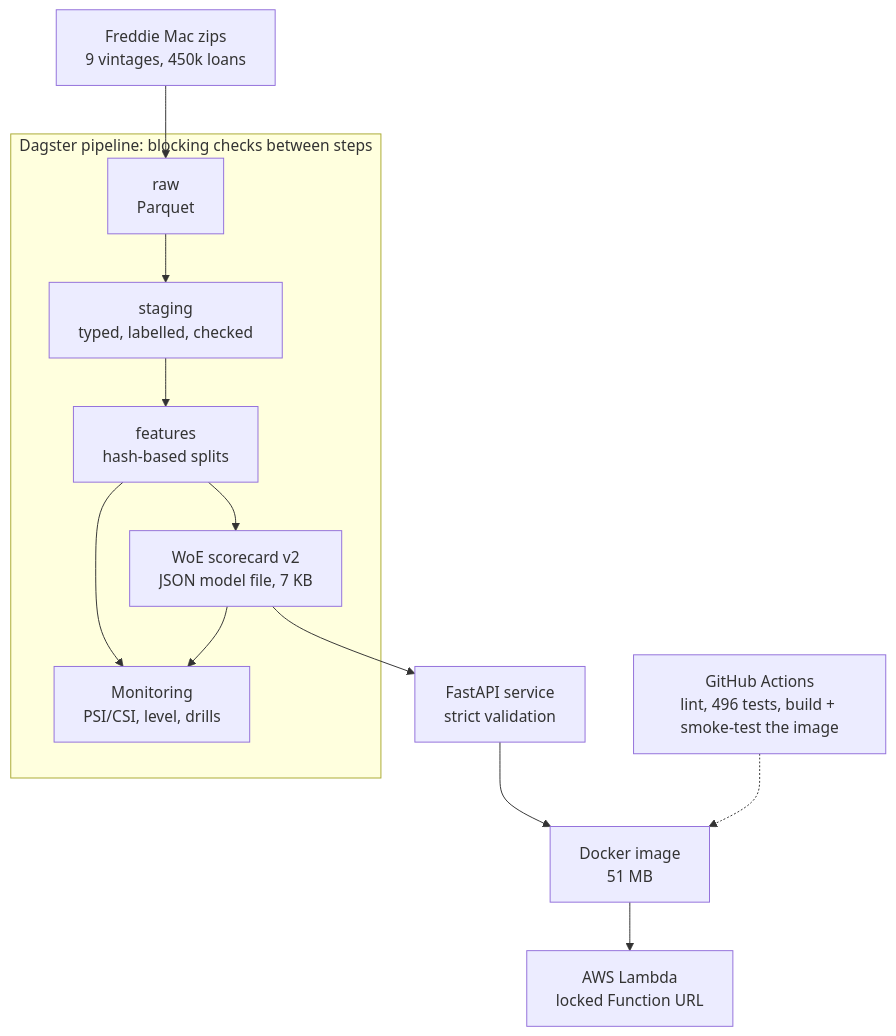
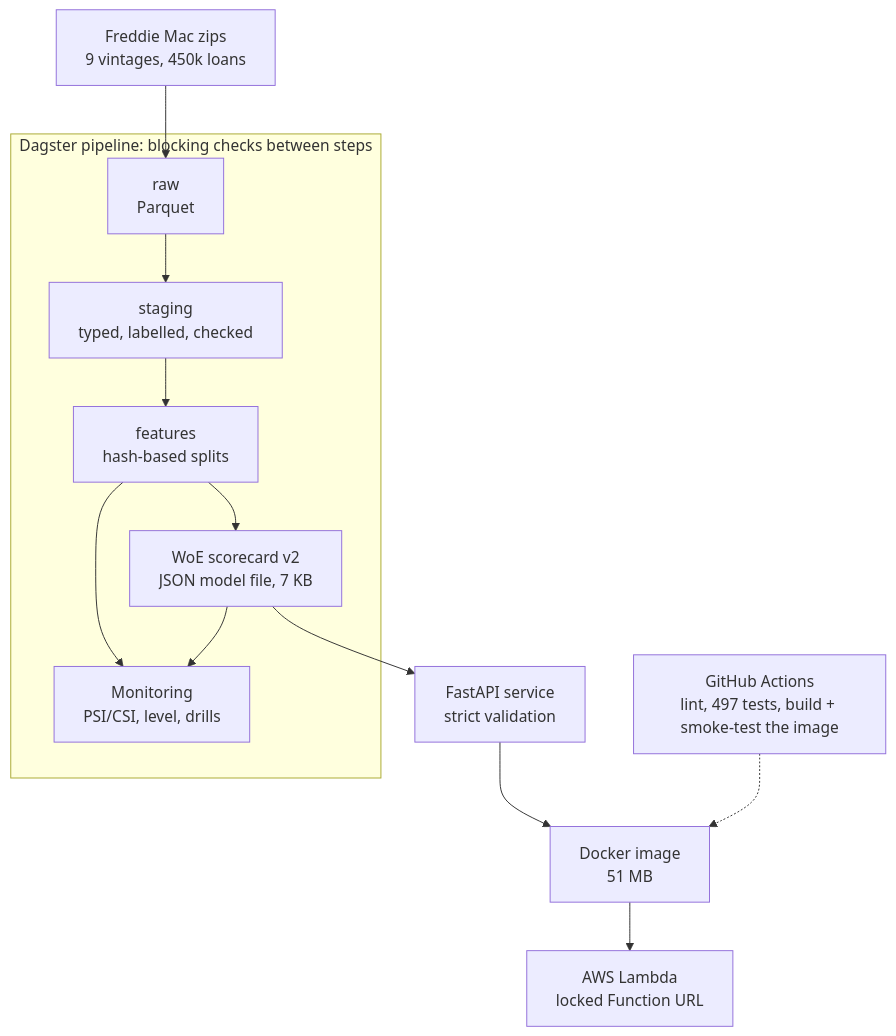
One commit to Aymannel04/credit-risk-platform changed the diagram in README.md. Above: the diagram before and after it, drawn with Mermaid. The commit also changed other lines of this file and 3 other files, not shown here.

Commit message:
Pin the CI runner to ubuntu-24.04 like the deploy; guard test; 497 tests

````diff
--- a/README.md
+++ b/README.md
@@ -32,20 +32,20 @@
 ```mermaid
 flowchart TB
     Z["Freddie Mac zips<br/>9 vintages, 450k loans"] --> R["raw<br/>Parquet"]
     R --> S["staging<br/>typed, labelled, checked"]
     S --> F["features<br/>hash-based splits"]
     F --> M["WoE scorecard v2<br/>JSON model file, 7 KB"]
     M --> API["FastAPI service<br/>strict validation"]
     API --> IMG["Docker image<br/>51 MB"]
     IMG --> L["AWS Lambda<br/>locked Function URL"]
     F --> MON["Monitoring<br/>PSI/CSI, level, drills"]
     M --> MON
     subgraph D["Dagster pipeline: blocking checks between steps"]
       R
       S
       F
       M
       MON
     end
-    CI["GitHub Actions<br/>lint, 496 tests, build + smoke-test the image"] -.-> IMG
+    CI["GitHub Actions<br/>lint, 497 tests, build + smoke-test the image"] -.-> IMG
 ```
````
